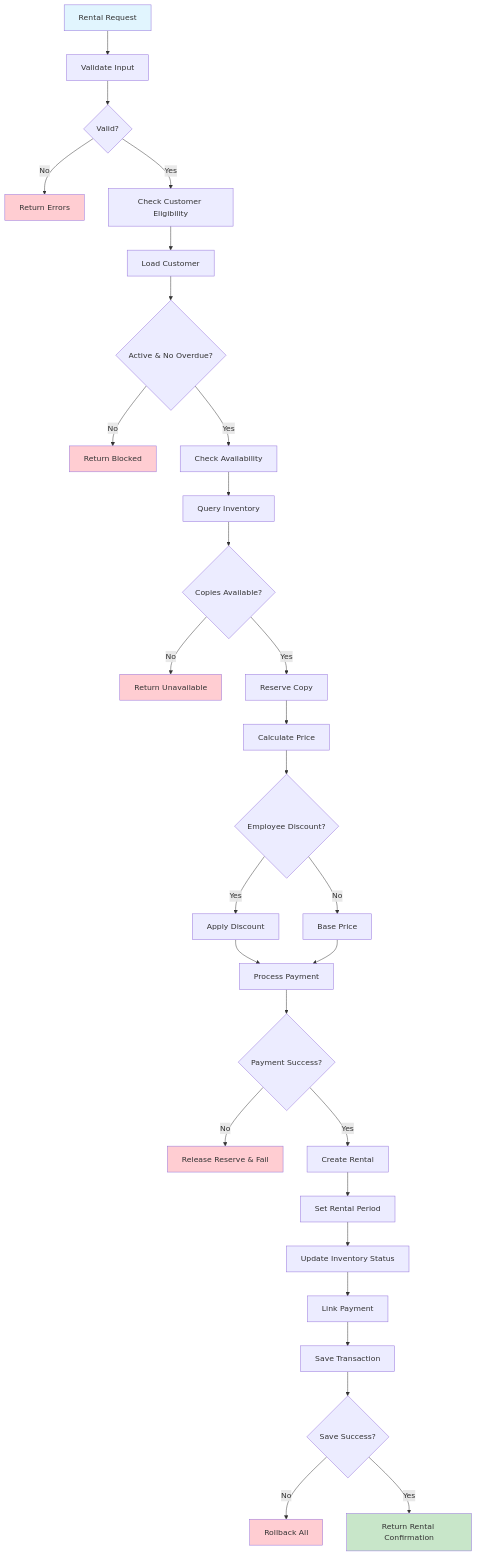
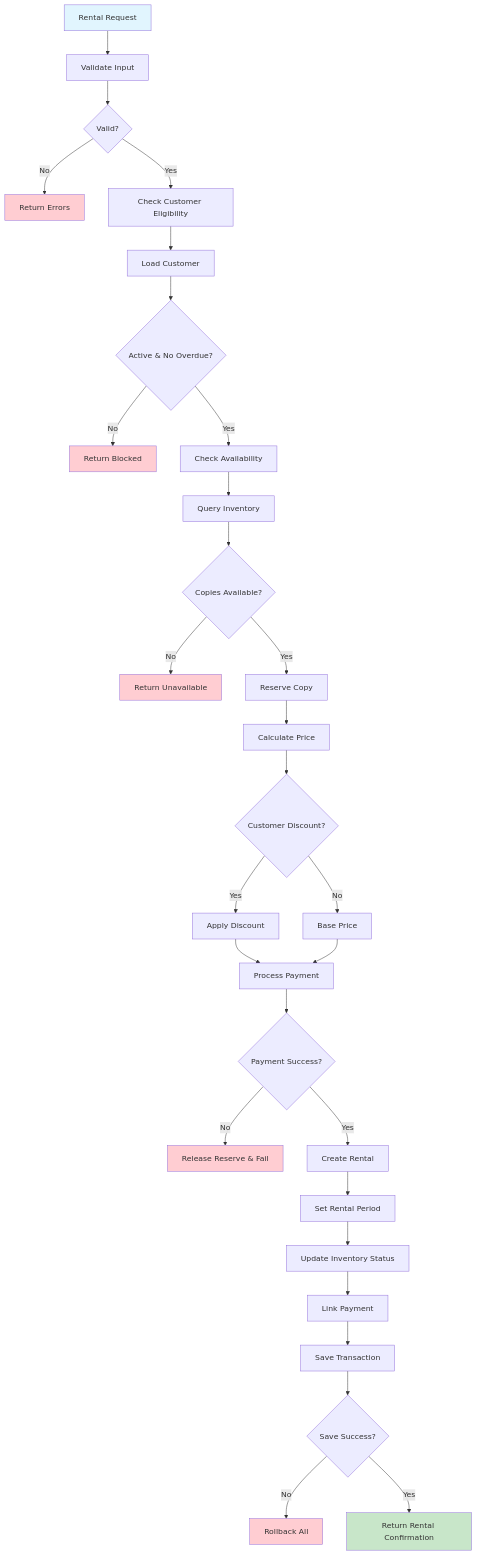
The diagram in diagrams/workflows/03-rental-creation-workflow.md (tiberius-s/video-rental-demo), drawn with Mermaid before and after one commit. The commit also changed other lines of this file and 18 other files, not shown here.

````diff
--- a/diagrams/workflows/03-rental-creation-workflow.md
+++ b/diagrams/workflows/03-rental-creation-workflow.md
@@ -18,47 +18,47 @@
 ```mermaid
 flowchart TD
     A[Rental Request] --> B[Validate Input]
     B --> C{Valid?}
     C -->|No| D[Return Errors]
     C -->|Yes| E[Check Customer Eligibility]
 
     %% Customer Eligibility
     E --> F[Load Customer]
     F --> G{Active & No Overdue?}
     G -->|No| H[Return Blocked]
     G -->|Yes| I[Check Availability]
 
     %% Video Availability
     I --> J[Query Inventory]
     J --> K{Copies Available?}
     K -->|No| L[Return Unavailable]
     K -->|Yes| M[Reserve Copy]
 
     %% Pricing & Payment
     M --> N[Calculate Price]
-    N --> O{Employee Discount?}
+    N --> O{Customer Discount?}
     O -->|Yes| P[Apply Discount]
     O -->|No| Q[Base Price]
     P --> R[Process Payment]
     Q --> R
     R --> S{Payment Success?}
     S -->|No| T[Release Reserve & Fail]
     S -->|Yes| U[Create Rental]
 
     %% Rental Activation
     U --> V[Set Rental Period]
     V --> W[Update Inventory Status]
     W --> X[Link Payment]
     X --> Y[Save Transaction]
     Y --> Z{Save Success?}
     Z -->|No| AA[Rollback All]
     Z -->|Yes| BB[Return Rental Confirmation]
 
     style A fill:#e1f5fe
     style BB fill:#c8e6c9
     style D fill:#ffcdd2
     style H fill:#ffcdd2
     style L fill:#ffcdd2
     style T fill:#ffcdd2
     style AA fill:#ffcdd2
 ```
````
